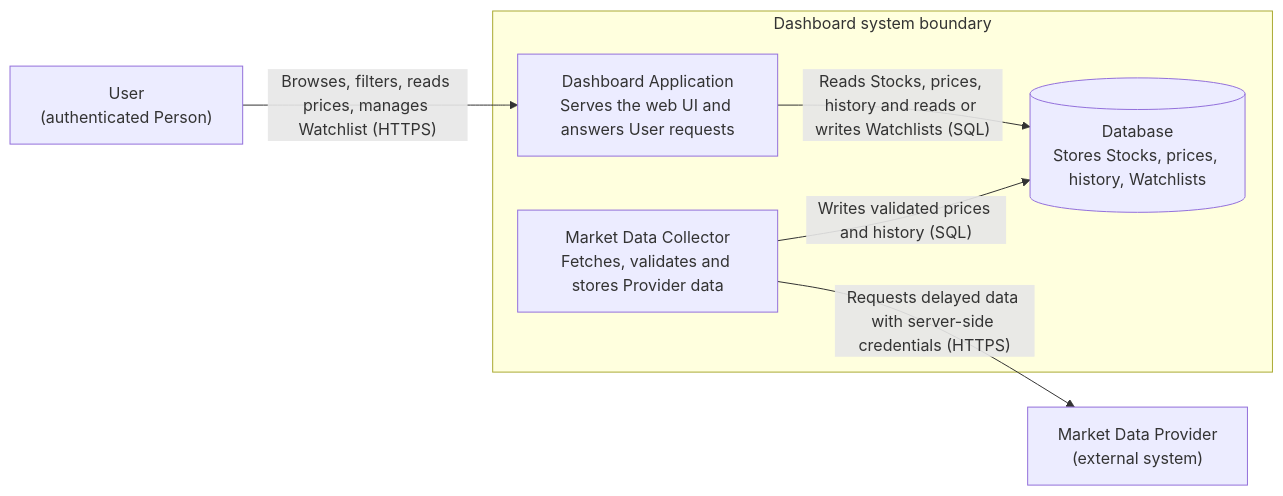
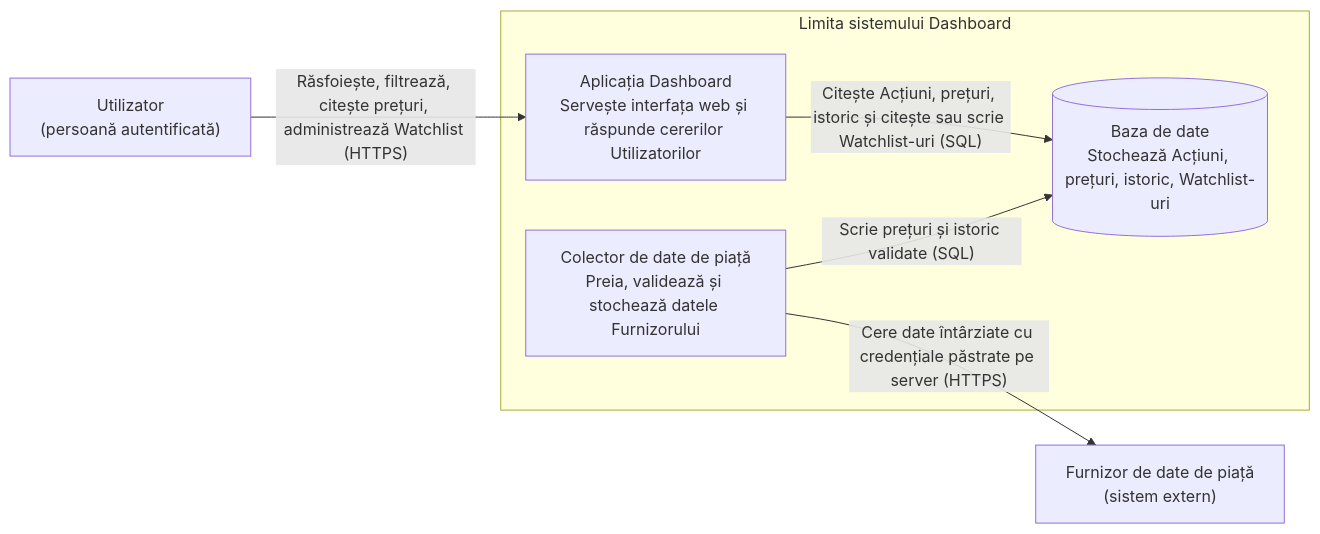
The second of 6 diagrams in lab3.md (sainciucbeatricie/psi-labs), drawn with Mermaid before and after one commit. The commit also changed other lines of this file, not shown here.

````diff
--- a/lab3.md
+++ b/lab3.md
@@ -53,16 +53,16 @@
 ```mermaid
 flowchart LR
-    User["User<br/>(authenticated Person)"]
-    Provider["Market Data Provider<br/>(external system)"]
+    User["Utilizator<br/>(persoană autentificată)"]
+    Provider["Furnizor de date de piață<br/>(sistem extern)"]
 
-    subgraph Boundary["Dashboard system boundary"]
-        App["Dashboard Application<br/>Serves the web UI and answers User requests"]
-        Collector["Market Data Collector<br/>Fetches, validates and stores Provider data"]
-        DB[("Database<br/>Stores Stocks, prices, history, Watchlists")]
+    subgraph Boundary["Limita sistemului Dashboard"]
+        App["Aplicația Dashboard<br/>Servește interfața web și răspunde cererilor Utilizatorilor"]
+        Collector["Colector de date de piață<br/>Preia, validează și stochează datele Furnizorului"]
+        DB[("Baza de date<br/>Stochează Acțiuni, prețuri, istoric, Watchlist-uri")]
     end
 
-    User -->|"Browses, filters, reads prices, manages Watchlist (HTTPS)"| App
-    App -->|"Reads Stocks, prices, history and reads or writes Watchlists (SQL)"| DB
-    Collector -->|"Writes validated prices and history (SQL)"| DB
-    Collector -->|"Requests delayed data with server-side credentials (HTTPS)"| Provider
+    User -->|"Răsfoiește, filtrează, citește prețuri, administrează Watchlist (HTTPS)"| App
+    App -->|"Citește Acțiuni, prețuri, istoric și citește sau scrie Watchlist-uri (SQL)"| DB
+    Collector -->|"Scrie prețuri și istoric validate (SQL)"| DB
+    Collector -->|"Cere date întârziate cu credențiale păstrate pe server (HTTPS)"| Provider
 ```
````
